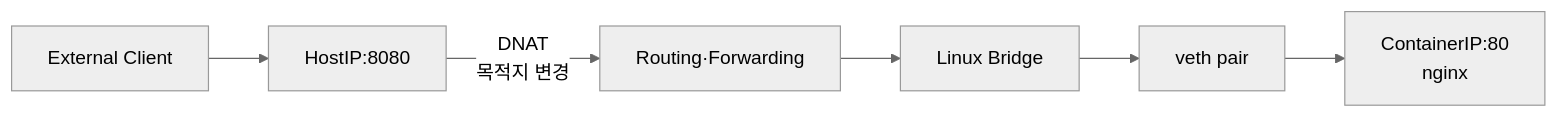
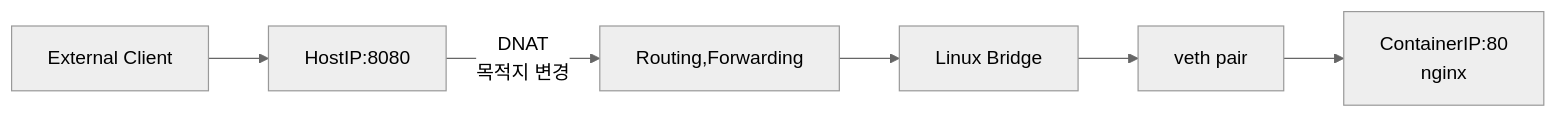
One commit to minnong511/minnong511.github.io changed the second of 7 diagrams in _posts/CI-CD-Docker/Docker/2026-08-17-docker-09-container-networking.md. Above: the diagram before and after it, drawn with Mermaid (neutral theme). The commit also changed other lines of this file and 8 other files, not shown here.

````diff
--- a/_posts/CI-CD-Docker/Docker/2026-08-17-docker-09-container-networking.md
+++ b/_posts/CI-CD-Docker/Docker/2026-08-17-docker-09-container-networking.md
@@ -84,8 +84,8 @@
 ```mermaid
 flowchart LR
     C["External Client"] --> H["HostIP:8080"]
-    H -->|"DNAT<br/>목적지 변경"| R["Routing·Forwarding"]
+    H -->|"DNAT<br/>목적지 변경"| R["Routing,Forwarding"]
     R --> BR["Linux Bridge"]
     BR --> V["veth pair"]
     V --> N["ContainerIP:80<br/>nginx"]
 ```
````
